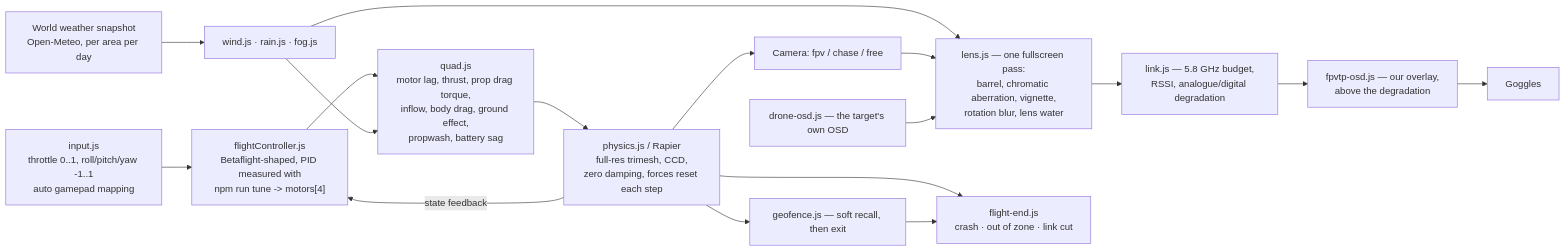
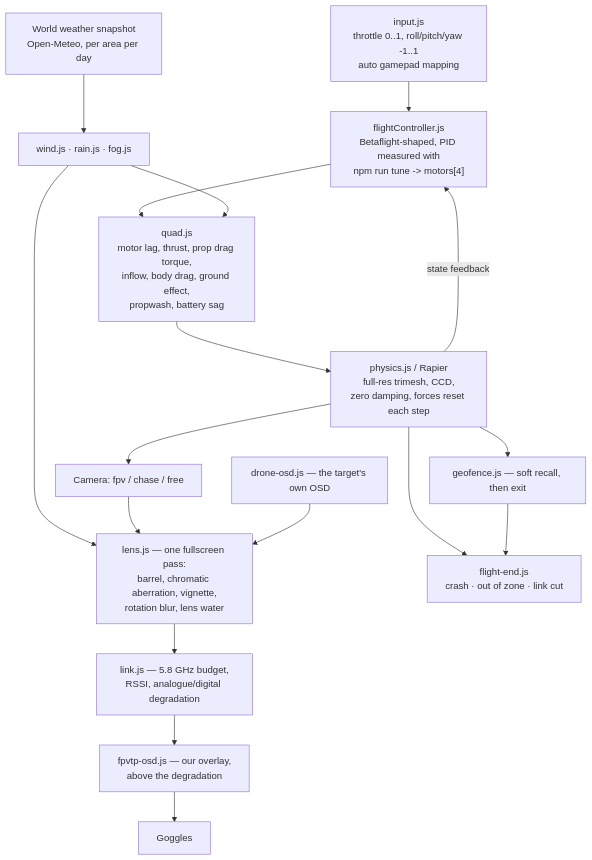
The fourth of 5 diagrams in sim/docs/architecture-diagrams.md (lionrayonnant/FPVThePlanet), drawn with Mermaid before and after one commit. The commit also changed other lines of this file and 5 other files, not shown here.

````diff
--- a/sim/docs/architecture-diagrams.md
+++ b/sim/docs/architecture-diagrams.md
@@ -151,25 +171,25 @@
 ```mermaid
-flowchart LR
+flowchart TB
     IN["input.js<br/>throttle 0..1, roll/pitch/yaw -1..1<br/>auto gamepad mapping"]
     FC["flightController.js<br/>Betaflight-shaped, PID measured with<br/>npm run tune -> motors[4]"]
     QUAD["quad.js<br/>motor lag, thrust, prop drag torque,<br/>inflow, body drag, ground effect,<br/>propwash, battery sag"]
     PHY["physics.js / Rapier<br/>full-res trimesh, CCD,<br/>zero damping, forces reset each step"]
 
     IN --> FC --> QUAD --> PHY
     PHY -- "state feedback" --> FC
 
     WEATHER["World weather snapshot<br/>Open-Meteo, per area per day"] --> WRF["wind.js · rain.js · fog.js"]
     WRF --> QUAD
     WRF --> LENS
 
     PHY --> CAM["Camera: fpv / chase / free"]
     CAM --> LENS["lens.js — one fullscreen pass:<br/>barrel, chromatic aberration, vignette,<br/>rotation blur, lens water"]
     DOSD["drone-osd.js — the target's own OSD"] --> LENS
     LENS --> LINK["link.js — 5.8 GHz budget,<br/>RSSI, analogue/digital degradation"]
     LINK --> FOSD["fpvtp-osd.js — our overlay,<br/>above the degradation"]
     FOSD --> SCREEN["Goggles"]
 
     PHY --> FENCE["geofence.js — soft recall, then exit"]
     PHY --> FE["flight-end.js<br/>crash · out of zone · link cut"]
     FENCE --> FE
 ```
````
